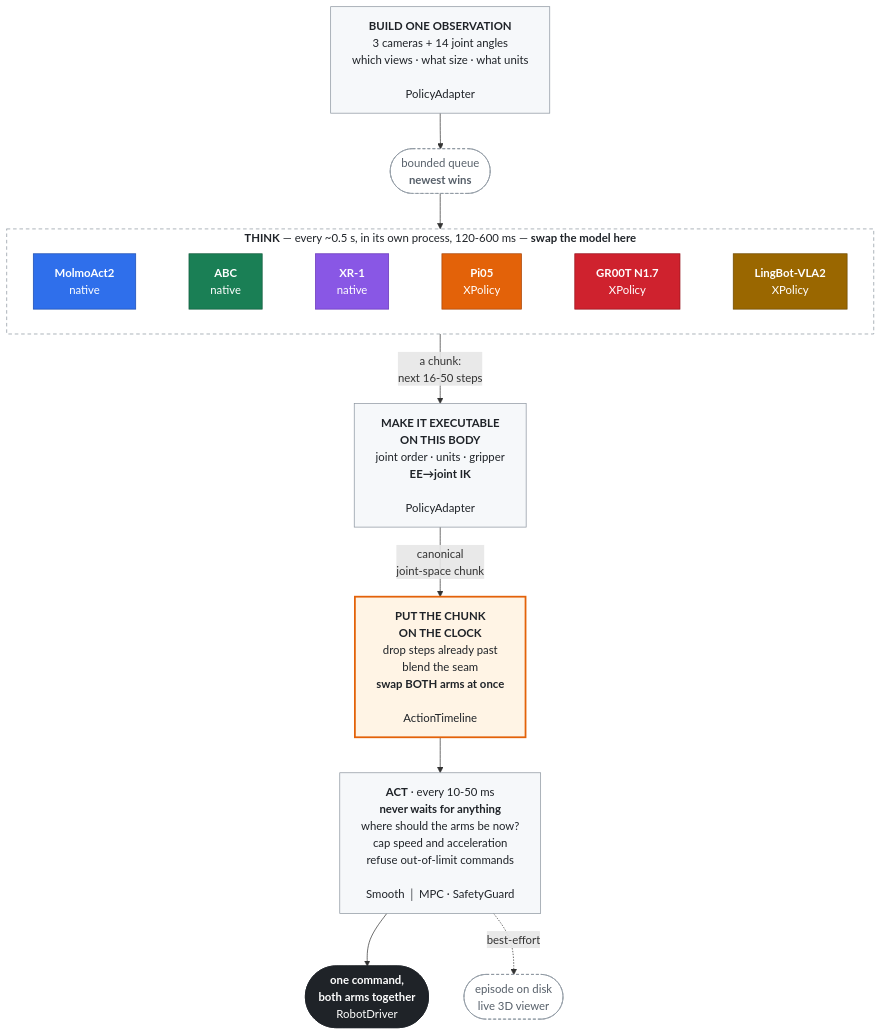
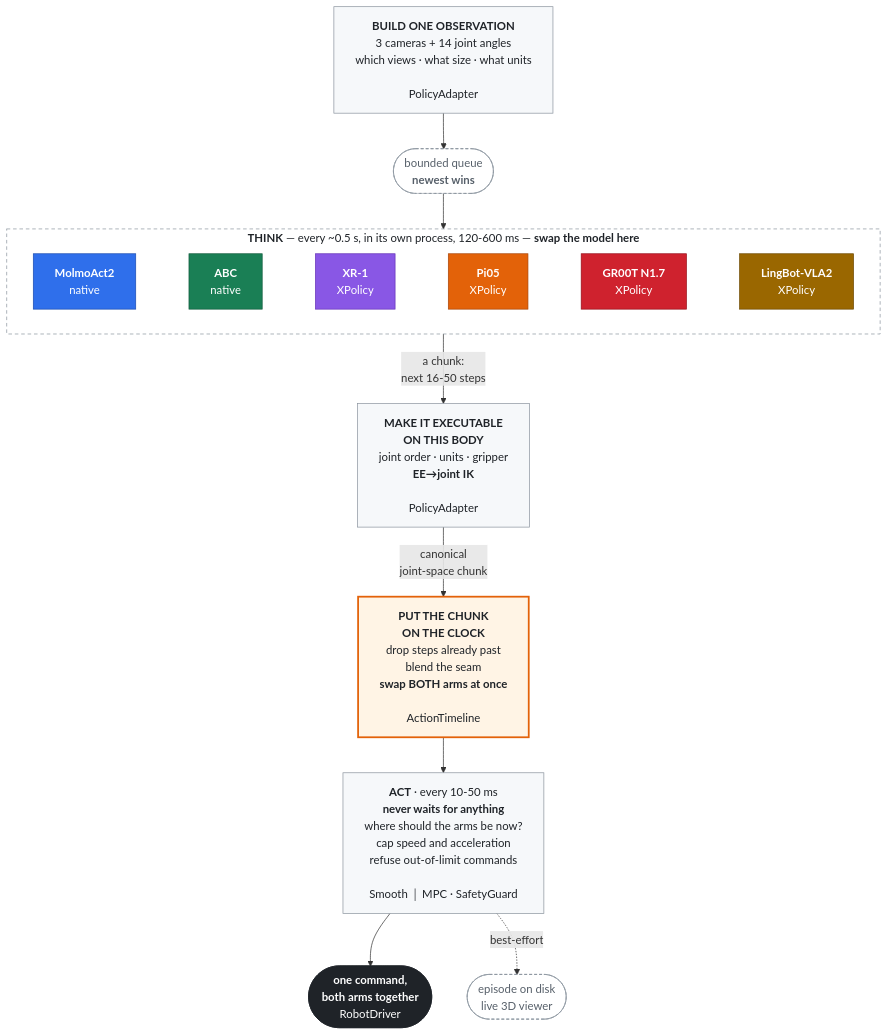
One commit to Cuzyoung/manimux changed the diagram in README.md. Above: the diagram before and after it, drawn with Mermaid. The commit also changed other lines of this file and 34 other files, not shown here.

````diff
--- a/README.md
+++ b/README.md
@@ -37,42 +42,42 @@
 ```mermaid
 %%{init: {"flowchart": {"wrappingWidth": 260, "curve": "basis"}}}%%
 flowchart TB
     OBS["<b>BUILD ONE OBSERVATION</b><br/>3 cameras + 14 joint angles<br/>which views · what size · what units<br/><br/>PolicyAdapter"]:::stage
     QUEUE(["bounded queue<br/><b>newest wins</b>"]):::pipe
 
     subgraph THINK["<b>THINK</b> — every ~0.5 s, in its own process, 120-600 ms — <b>swap the model here</b>"]
         direction LR
         MOLMO["<b>MolmoAct2</b><br/>native"]:::molmo
         ABCM["<b>ABC</b><br/>native"]:::abc
-        XR1["<b>XR-1</b><br/>native"]:::xr1
+        XR1["<b>XR-1</b><br/>XPolicy"]:::xr1
         PI05["<b>Pi05</b><br/>XPolicy"]:::pi
         GROOT["<b>GR00T N1.7</b><br/>XPolicy"]:::groot
         LING["<b>LingBot-VLA2</b><br/>XPolicy"]:::ling
         MOLMO ~~~ ABCM ~~~ XR1 ~~~ PI05 ~~~ GROOT ~~~ LING
     end
 
     DEC["<b>MAKE IT EXECUTABLE<br/>ON THIS BODY</b><br/>joint order · units · gripper<br/><b>EE→joint IK</b><br/><br/>PolicyAdapter"]:::stage
     TL["<b>PUT THE CHUNK<br/>ON THE CLOCK</b><br/>drop steps already past<br/>blend the seam<br/><b>swap BOTH arms at once</b><br/><br/>ActionTimeline"]:::handoff
     ACT["<b>ACT</b> · every 10-50 ms<br/><b>never waits for anything</b><br/>where should the arms be now?<br/>cap speed and acceleration<br/>refuse out-of-limit commands<br/><br/>Smooth │ MPC · SafetyGuard"]:::stage
     ROBOT(["<b>one command,<br/>both arms together</b><br/>RobotDriver"]):::robot
     SIDE(["episode on disk<br/>live 3D viewer"]):::side
 
     OBS --> QUEUE --> THINK
     THINK -->|"a chunk:<br/>next 16-50 steps"| DEC
     DEC -->|"canonical<br/>joint-space chunk"| TL
     TL --> ACT --> ROBOT
     ACT -.->|"best-effort"| SIDE
 
     classDef stage fill:#F6F8FA,stroke:#8C959F,stroke-width:1px,color:#1F2328
     classDef handoff fill:#FFF4E5,stroke:#E36209,stroke-width:2.5px,color:#1F2328
     classDef pipe fill:#FFFFFF,stroke:#8C959F,stroke-dasharray:4 3,color:#57606A
     classDef side fill:#FFFFFF,stroke:#8C959F,stroke-dasharray:4 3,color:#57606A
     classDef robot fill:#1F2328,stroke:#1F2328,color:#FFFFFF
     classDef molmo fill:#2F6FEB,stroke:#1B4DB1,color:#FFFFFF
     classDef abc   fill:#1A7F55,stroke:#125C3D,color:#FFFFFF
     classDef xr1   fill:#8957E5,stroke:#6633B8,color:#FFFFFF
     classDef pi    fill:#E36209,stroke:#A8460A,color:#FFFFFF
     classDef groot fill:#CF222E,stroke:#96101A,color:#FFFFFF
     classDef ling  fill:#9A6700,stroke:#6E4A00,color:#FFFFFF
     style THINK fill:#FFFFFF,stroke:#8C959F,stroke-dasharray:5 4,color:#1F2328
 ```
````
